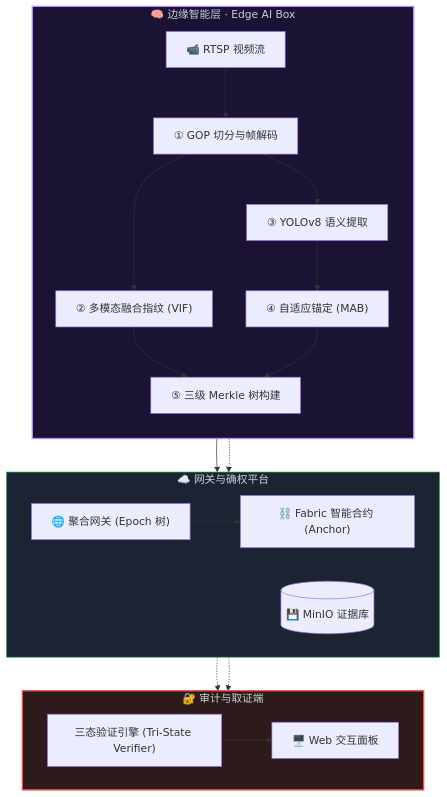
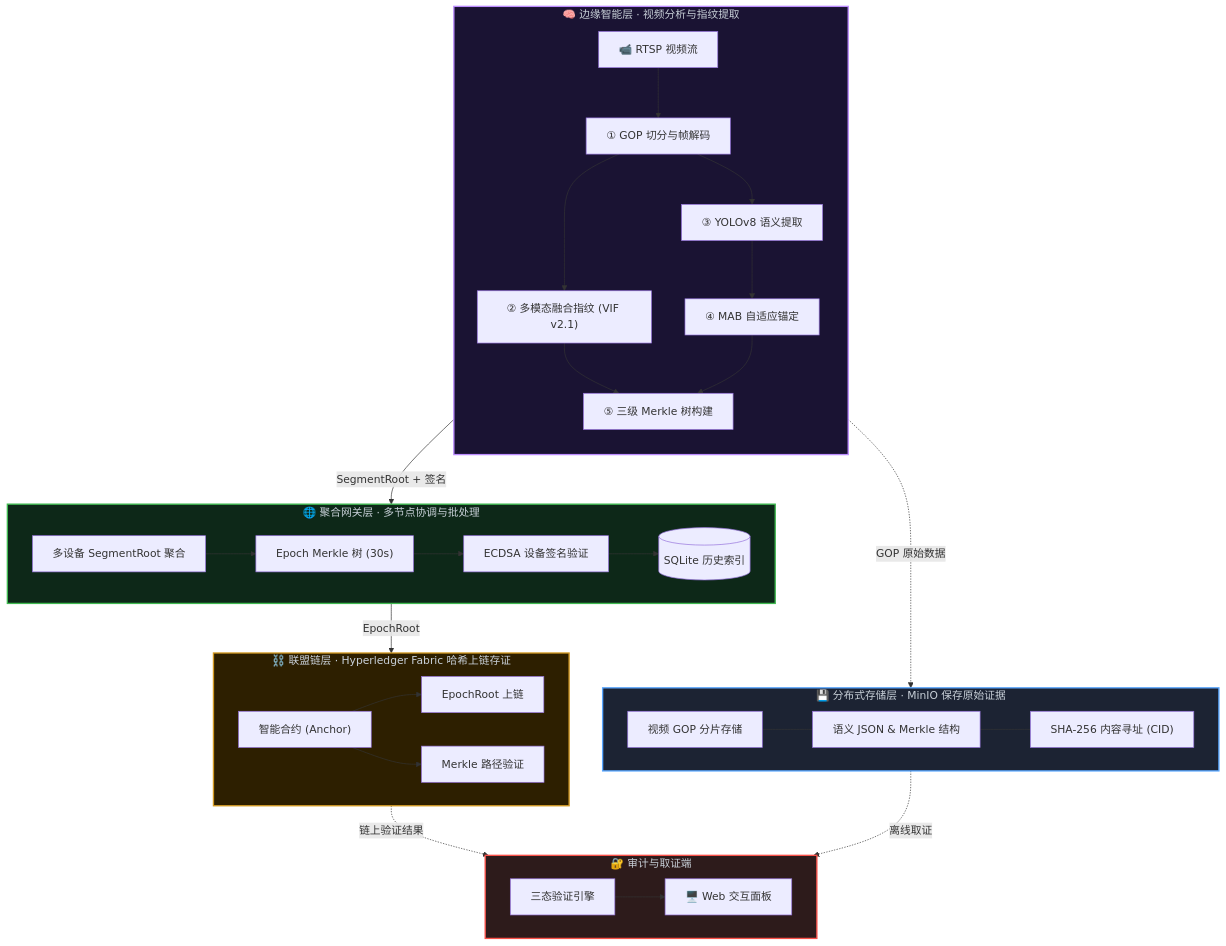
The diagram in README.md (NgokzittYu/CCTV-W-FABRIC), drawn with Mermaid before and after one commit.

Commit message:
260325 readmeUpdate

````diff
--- a/README.md
+++ b/README.md
@@ -78,44 +78,72 @@
 ```mermaid
 flowchart TB
-    subgraph EDGE["🧠 边缘智能层 · Edge AI Box"]
+    subgraph EDGE["🧠 边缘智能层 · 视频分析与指纹提取"]
         direction TB
         CAM["📹 RTSP 视频流"]
         SP_DEMUX["① GOP 切分与帧解码"]
-        VIF["② 多模态融合指纹 (VIF)"]
+        VIF["② 多模态融合指纹 (VIF v2.1)"]
         YOLO["③ YOLOv8 语义提取"]
-        MAB["④ 自适应锚定 (MAB)"]
+        MAB["④ MAB 自适应锚定"]
         MK["⑤ 三级 Merkle 树构建"]
         
         CAM --> SP_DEMUX
         SP_DEMUX --> VIF
         SP_DEMUX --> YOLO
         YOLO --> MAB
         VIF --> MK
         MAB --> MK
     end
 
-    subgraph CLOUD["☁️ 网关与确权平台"]
+    subgraph GATEWAY["🌐 聚合网关层 · 多节点协调与批处理"]
         direction LR
-        GW["🌐 聚合网关 (Epoch 树)"]
-        SC["⛓️ Fabric 智能合约 (Anchor)"]
-        DB[("💾 MinIO 证据库")]
-        
-        MK --> GW
-        MK -.-> DB
-        GW --> SC
+        GW_AGG["多设备 SegmentRoot 聚合"]
+        GW_EPOCH["Epoch Merkle 树 (30s)"]
+        GW_SIG["ECDSA 设备签名验证"]
+        GW_DB[("SQLite 历史索引")]
+
+        GW_AGG --> GW_EPOCH
+        GW_EPOCH --> GW_SIG
+        GW_SIG --> GW_DB
+    end
+
+    subgraph STORAGE["💾 分布式存储层 · MinIO 保存原始证据"]
+        direction LR
+        MINIO_GOP["视频 GOP 分片存储"]
+        MINIO_META["语义 JSON & Merkle 结构"]
+        MINIO_CID["SHA-256 内容寻址 (CID)"]
+
+        MINIO_GOP --- MINIO_META
+        MINIO_META --- MINIO_CID
+    end
+
+    subgraph CHAIN["⛓️ 联盟链层 · Hyperledger Fabric 哈希上链存证"]
+        direction LR
+        SC["智能合约 (Anchor)"]
+        SC_STORE["EpochRoot 上链"]
+        SC_VERIFY["Merkle 路径验证"]
+
+        SC --> SC_STORE
+        SC --> SC_VERIFY
     end
 
     subgraph VERIFY["🔐 审计与取证端"]
         direction LR
-        TRI_STATE["三态验证引擎 (Tri-State Verifier)"]
+        TRI_STATE["三态验证引擎"]
         DEMO["🖥️ Web 交互面板"]
         
-        DB -.-> TRI_STATE
-        SC -.-> TRI_STATE
         TRI_STATE --> DEMO
     end
-    
+
+    %% 层间数据流
+    MK -->|"SegmentRoot + 签名"| GW_AGG
+    MK -.->|"GOP 原始数据"| MINIO_GOP
+    GW_EPOCH -->|"EpochRoot"| SC
+    MINIO_CID -.->|"离线取证"| TRI_STATE
+    SC_VERIFY -.->|"链上验证结果"| TRI_STATE
+
     style EDGE fill:#1a1333,stroke:#bc8cff,color:#c9d1d9,stroke-width:2px
-    style CLOUD fill:#1c2333,stroke:#3fb950,color:#c9d1d9
+    style GATEWAY fill:#0d2818,stroke:#3fb950,color:#c9d1d9,stroke-width:2px
+    style STORAGE fill:#1c2333,stroke:#58a6ff,color:#c9d1d9,stroke-width:2px
+    style CHAIN fill:#2d1f00,stroke:#d29922,color:#c9d1d9,stroke-width:2px
     style VERIFY fill:#2d1b1b,stroke:#f85149,color:#c9d1d9,stroke-width:2px
 ```
````
